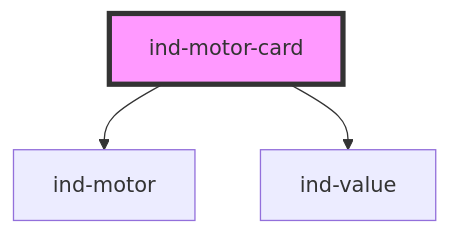
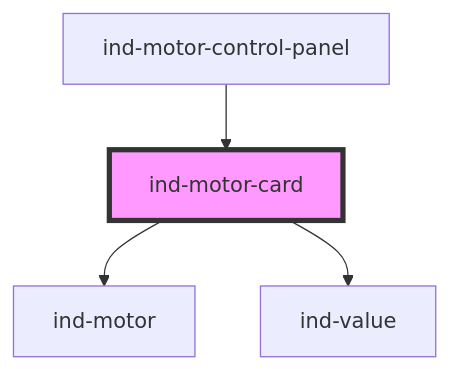
One commit to christophe77/in-ds changed the diagram in packages/core/src/components/molecules/motor-card/readme.md. Above: the diagram before and after it, drawn with Mermaid. The commit also changed other lines of this file and 106 other files, not shown here.

````diff
--- a/packages/core/src/components/molecules/motor-card/readme.md
+++ b/packages/core/src/components/molecules/motor-card/readme.md
@@ -43,6 +47,7 @@
 ```mermaid
 graph TD;
   ind-motor-card --> ind-motor
   ind-motor-card --> ind-value
+  ind-motor-control-panel --> ind-motor-card
   style ind-motor-card fill:#f9f,stroke:#333,stroke-width:4px
 ```
````
